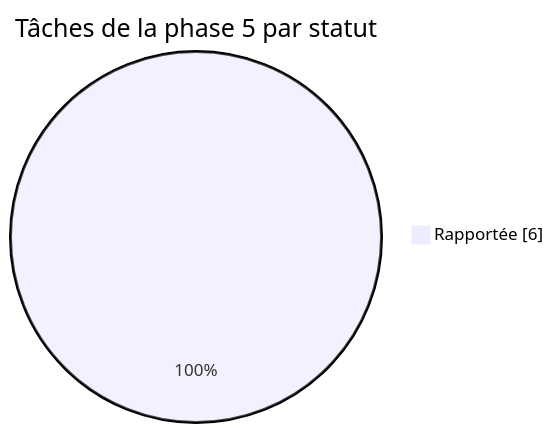
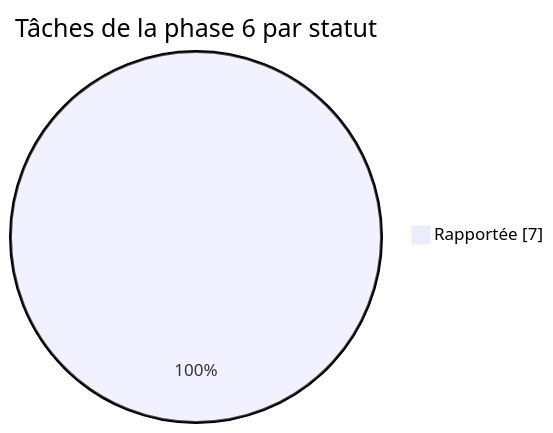
The third of 5 diagrams in docs/reports/TABLEAU-DE-BORD.md (lyon32/lyonpanel), drawn with Mermaid before and after one commit. The commit also changed other lines of this file and 105 other files, not shown here.

````diff
--- a/docs/reports/TABLEAU-DE-BORD.md
+++ b/docs/reports/TABLEAU-DE-BORD.md
@@ -79,5 +80,5 @@
 ```mermaid
 pie showData
-  title Tâches de la phase 5 par statut
-  "Rapportée" : 6
+  title Tâches de la phase 6 par statut
+  "Rapportée" : 7
 ```
````
